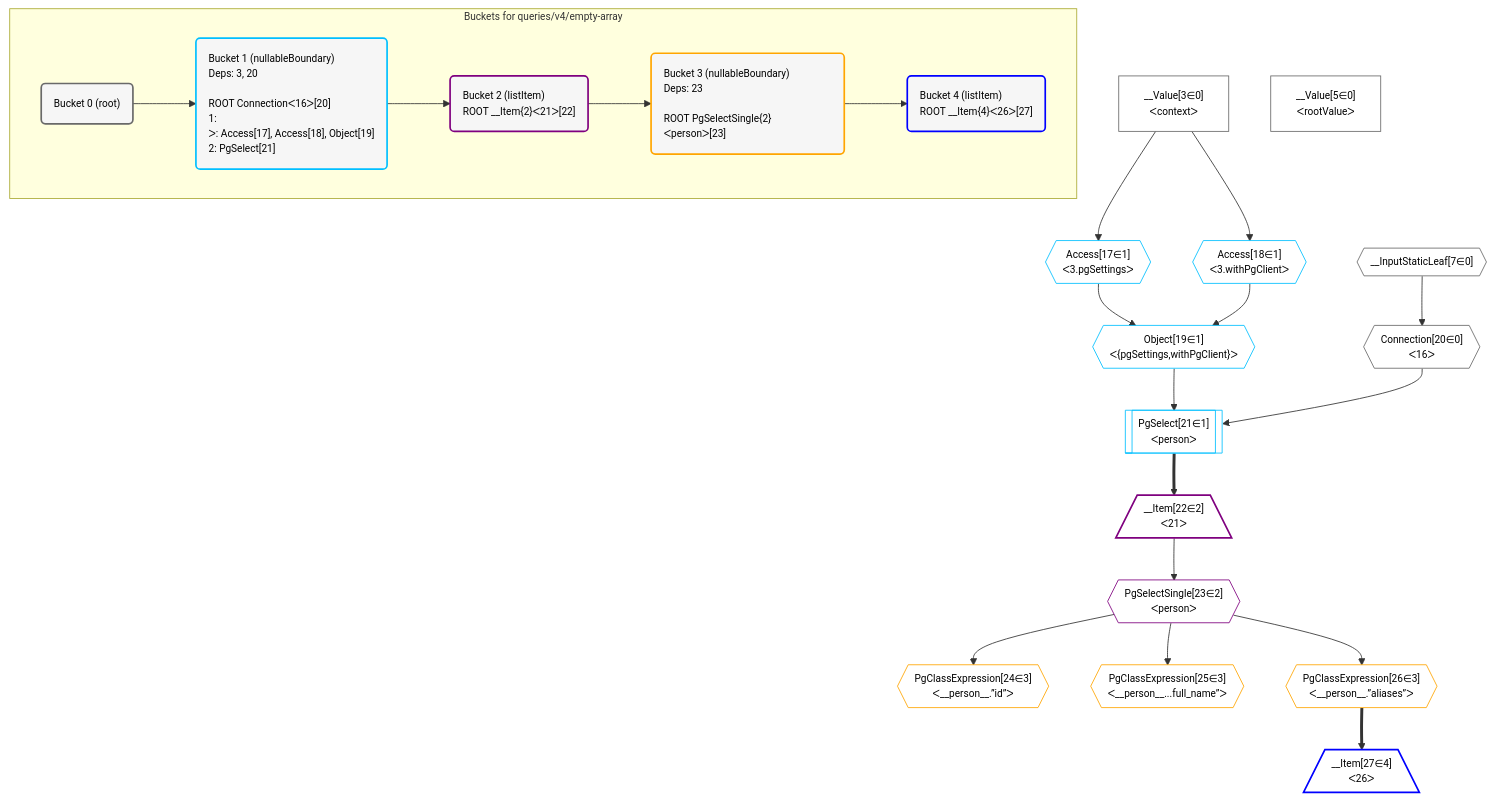
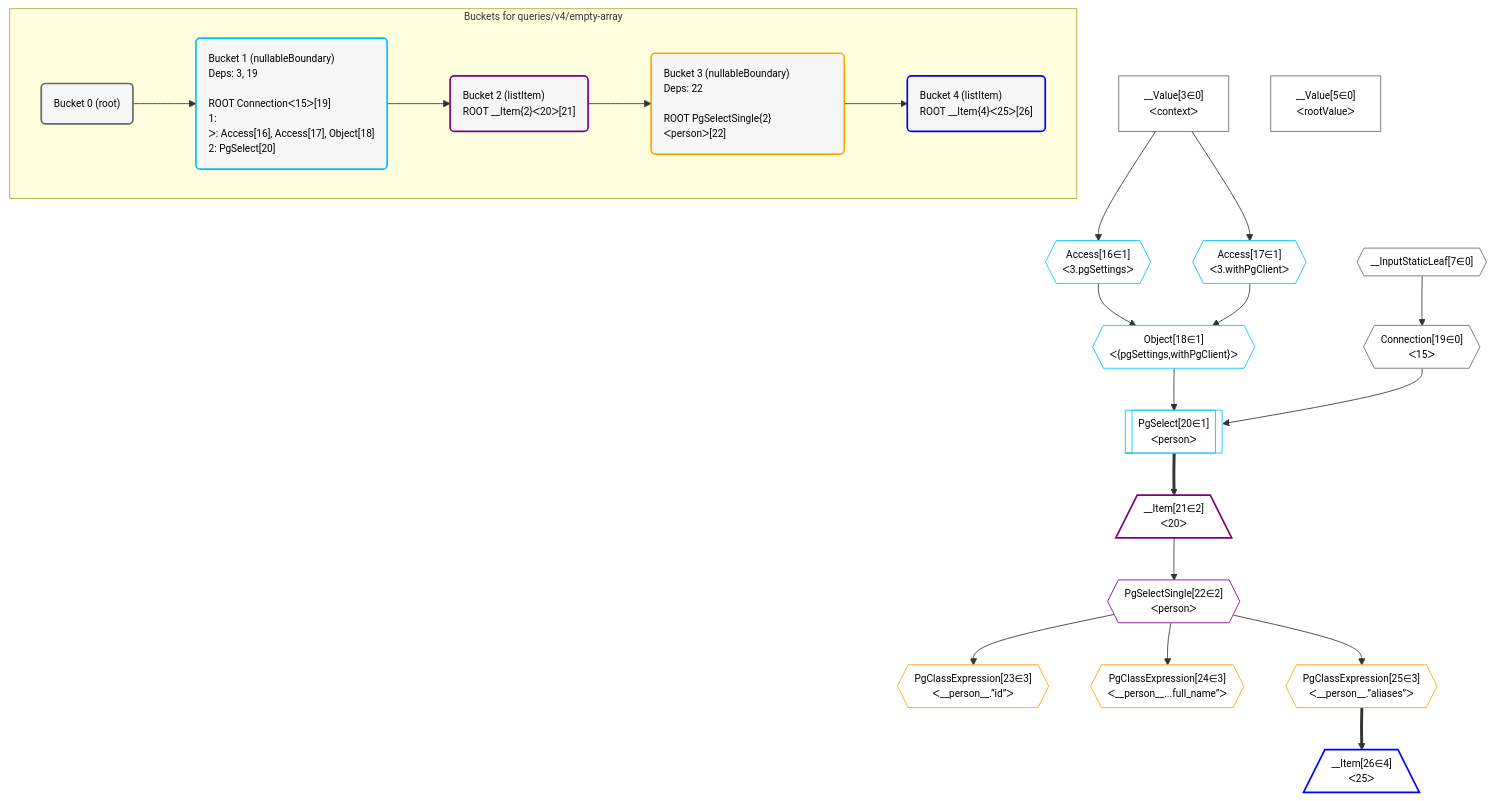
The diagram in postgraphile/postgraphile/__tests__/queries/v4/empty-array.mermaid (graphile/crystal), drawn with Mermaid before and after one commit. The commit also changed 62 other files, not shown here.

Commit message:
Update mermaid plans

```diff
--- a/postgraphile/postgraphile/__tests__/queries/v4/empty-array.mermaid
+++ b/postgraphile/postgraphile/__tests__/queries/v4/empty-array.mermaid
@@ -1,60 +1,60 @@
 %%{init: {'themeVariables': { 'fontSize': '12px'}}}%%
 graph TD
     classDef path fill:#eee,stroke:#000,color:#000
     classDef plan fill:#fff,stroke-width:1px,color:#000
     classDef itemplan fill:#fff,stroke-width:2px,color:#000
     classDef unbatchedplan fill:#dff,stroke-width:1px,color:#000
     classDef sideeffectplan fill:#fcc,stroke-width:2px,color:#000
     classDef bucket fill:#f6f6f6,color:#000,stroke-width:2px,text-align:left
 
 
     %% define steps
     __Value3["__Value[3∈0]<br />ᐸcontextᐳ"]:::plan
     __Value5["__Value[5∈0]<br />ᐸrootValueᐳ"]:::plan
     __InputStaticLeaf7{{"__InputStaticLeaf[7∈0]"}}:::plan
-    Access17{{"Access[17∈1]<br />ᐸ3.pgSettingsᐳ"}}:::plan
-    Access18{{"Access[18∈1]<br />ᐸ3.withPgClientᐳ"}}:::plan
-    Object19{{"Object[19∈1]<br />ᐸ{pgSettings,withPgClient}ᐳ"}}:::plan
-    Connection20{{"Connection[20∈0]<br />ᐸ16ᐳ"}}:::plan
-    PgSelect21[["PgSelect[21∈1]<br />ᐸpersonᐳ"]]:::plan
-    __Item22[/"__Item[22∈2]<br />ᐸ21ᐳ"\]:::itemplan
-    PgSelectSingle23{{"PgSelectSingle[23∈2]<br />ᐸpersonᐳ"}}:::plan
-    PgClassExpression24{{"PgClassExpression[24∈3]<br />ᐸ__person__.”id”ᐳ"}}:::plan
-    PgClassExpression25{{"PgClassExpression[25∈3]<br />ᐸ__person__...full_name”ᐳ"}}:::plan
-    PgClassExpression26{{"PgClassExpression[26∈3]<br />ᐸ__person__.”aliases”ᐳ"}}:::plan
-    __Item27[/"__Item[27∈4]<br />ᐸ26ᐳ"\]:::itemplan
+    Access16{{"Access[16∈1]<br />ᐸ3.pgSettingsᐳ"}}:::plan
+    Access17{{"Access[17∈1]<br />ᐸ3.withPgClientᐳ"}}:::plan
+    Object18{{"Object[18∈1]<br />ᐸ{pgSettings,withPgClient}ᐳ"}}:::plan
+    Connection19{{"Connection[19∈0]<br />ᐸ15ᐳ"}}:::plan
+    PgSelect20[["PgSelect[20∈1]<br />ᐸpersonᐳ"]]:::plan
+    __Item21[/"__Item[21∈2]<br />ᐸ20ᐳ"\]:::itemplan
+    PgSelectSingle22{{"PgSelectSingle[22∈2]<br />ᐸpersonᐳ"}}:::plan
+    PgClassExpression23{{"PgClassExpression[23∈3]<br />ᐸ__person__.”id”ᐳ"}}:::plan
+    PgClassExpression24{{"PgClassExpression[24∈3]<br />ᐸ__person__...full_name”ᐳ"}}:::plan
+    PgClassExpression25{{"PgClassExpression[25∈3]<br />ᐸ__person__.”aliases”ᐳ"}}:::plan
+    __Item26[/"__Item[26∈4]<br />ᐸ25ᐳ"\]:::itemplan
 
     %% plan dependencies
+    __Value3 --> Access16
     __Value3 --> Access17
-    __Value3 --> Access18
-    Access17 & Access18 --> Object19
-    __InputStaticLeaf7 --> Connection20
-    Object19 & Connection20 --> PgSelect21
-    PgSelect21 ==> __Item22
-    __Item22 --> PgSelectSingle23
-    PgSelectSingle23 --> PgClassExpression24
-    PgSelectSingle23 --> PgClassExpression25
-    PgSelectSingle23 --> PgClassExpression26
-    PgClassExpression26 ==> __Item27
+    Access16 & Access17 --> Object18
+    __InputStaticLeaf7 --> Connection19
+    Object18 & Connection19 --> PgSelect20
+    PgSelect20 ==> __Item21
+    __Item21 --> PgSelectSingle22
+    PgSelectSingle22 --> PgClassExpression23
+    PgSelectSingle22 --> PgClassExpression24
+    PgSelectSingle22 --> PgClassExpression25
+    PgClassExpression25 ==> __Item26
 
     subgraph "Buckets for queries/v4/empty-array"
     Bucket0("Bucket 0 (root)"):::bucket
     classDef bucket0 stroke:#696969
-    class Bucket0,__Value3,__Value5,__InputStaticLeaf7,Connection20 bucket0
-    Bucket1("Bucket 1 (nullableBoundary)<br />Deps: 3, 20<br /><br />ROOT Connectionᐸ16ᐳ[20]<br />1: <br />ᐳ: Access[17], Access[18], Object[19]<br />2: PgSelect[21]"):::bucket
+    class Bucket0,__Value3,__Value5,__InputStaticLeaf7,Connection19 bucket0
+    Bucket1("Bucket 1 (nullableBoundary)<br />Deps: 3, 19<br /><br />ROOT Connectionᐸ15ᐳ[19]<br />1: <br />ᐳ: Access[16], Access[17], Object[18]<br />2: PgSelect[20]"):::bucket
     classDef bucket1 stroke:#00bfff
-    class Bucket1,Access17,Access18,Object19,PgSelect21 bucket1
-    Bucket2("Bucket 2 (listItem)<br />ROOT __Item{2}ᐸ21ᐳ[22]"):::bucket
+    class Bucket1,Access16,Access17,Object18,PgSelect20 bucket1
+    Bucket2("Bucket 2 (listItem)<br />ROOT __Item{2}ᐸ20ᐳ[21]"):::bucket
     classDef bucket2 stroke:#7f007f
-    class Bucket2,__Item22,PgSelectSingle23 bucket2
-    Bucket3("Bucket 3 (nullableBoundary)<br />Deps: 23<br /><br />ROOT PgSelectSingle{2}ᐸpersonᐳ[23]"):::bucket
+    class Bucket2,__Item21,PgSelectSingle22 bucket2
+    Bucket3("Bucket 3 (nullableBoundary)<br />Deps: 22<br /><br />ROOT PgSelectSingle{2}ᐸpersonᐳ[22]"):::bucket
     classDef bucket3 stroke:#ffa500
-    class Bucket3,PgClassExpression24,PgClassExpression25,PgClassExpression26 bucket3
-    Bucket4("Bucket 4 (listItem)<br />ROOT __Item{4}ᐸ26ᐳ[27]"):::bucket
+    class Bucket3,PgClassExpression23,PgClassExpression24,PgClassExpression25 bucket3
+    Bucket4("Bucket 4 (listItem)<br />ROOT __Item{4}ᐸ25ᐳ[26]"):::bucket
     classDef bucket4 stroke:#0000ff
-    class Bucket4,__Item27 bucket4
+    class Bucket4,__Item26 bucket4
     Bucket0 --> Bucket1
     Bucket1 --> Bucket2
     Bucket2 --> Bucket3
     Bucket3 --> Bucket4
     end
```
